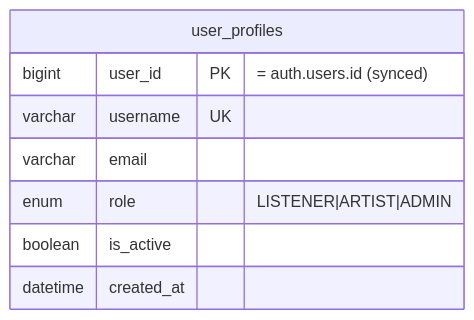
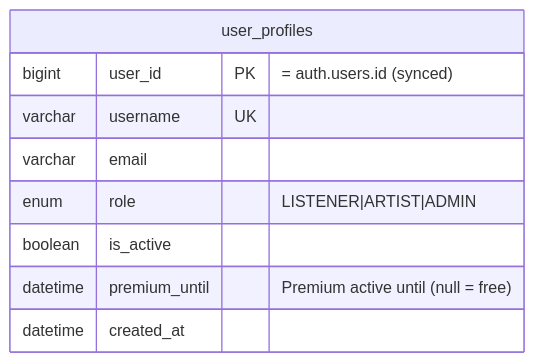
Before and after one commit to Sound-Clown/soundclown-services: the fourth of 5 diagrams in README.md, drawn with Mermaid. The commit also changed other lines of this file, not shown here.

First line of the commit message:
Document payment-service and premium in the README

````diff
--- a/README.md
+++ b/README.md
@@ -143,11 +153,12 @@
 ```mermaid
 erDiagram
     user_profiles {
         bigint user_id PK "= auth.users.id (synced)"
         varchar username UK
         varchar email
         enum role "LISTENER|ARTIST|ADMIN"
         boolean is_active
+        datetime premium_until "Premium active until (null = free)"
         datetime created_at
     }
 ```
````
